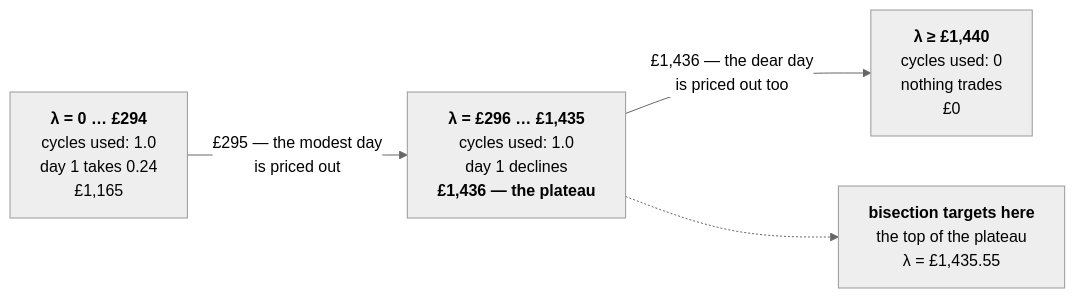
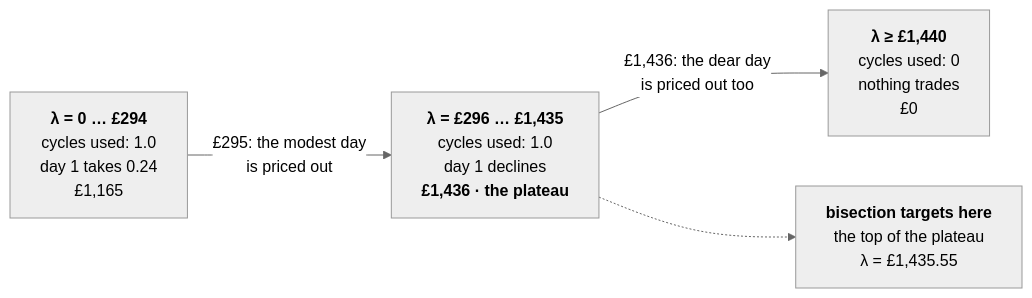
One commit to GuilhermePFM/BatteryCase changed the second of 2 diagrams in docs/cycle-budget.md. Above: the diagram before and after it, drawn with Mermaid (neutral theme). The commit also changed other lines of this file and 20 other files, not shown here.

````diff
--- a/docs/cycle-budget.md
+++ b/docs/cycle-budget.md
@@ -144,11 +150,11 @@
 ```mermaid
 flowchart LR
     Z["<b>λ = 0 … £294</b><br/>cycles used: 1.0<br/>day 1 takes 0.24<br/>£1,165"]
-    M["<b>λ = £296 … £1,435</b><br/>cycles used: 1.0<br/>day 1 declines<br/><b>£1,436 — the plateau</b>"]
+    M["<b>λ = £296 … £1,435</b><br/>cycles used: 1.0<br/>day 1 declines<br/><b>£1,436 · the plateau</b>"]
     H["<b>λ ≥ £1,440</b><br/>cycles used: 0<br/>nothing trades<br/>£0"]
 
-    Z -->|"£295 — the modest day<br/>is priced out"| M
-    M -->|"£1,436 — the dear day<br/>is priced out too"| H
+    Z -->|"£295: the modest day<br/>is priced out"| M
+    M -->|"£1,436: the dear day<br/>is priced out too"| H
 
     M -.-> T["<b>bisection targets here</b><br/>the top of the plateau<br/>λ = £1,435.55"]
 ```
````
